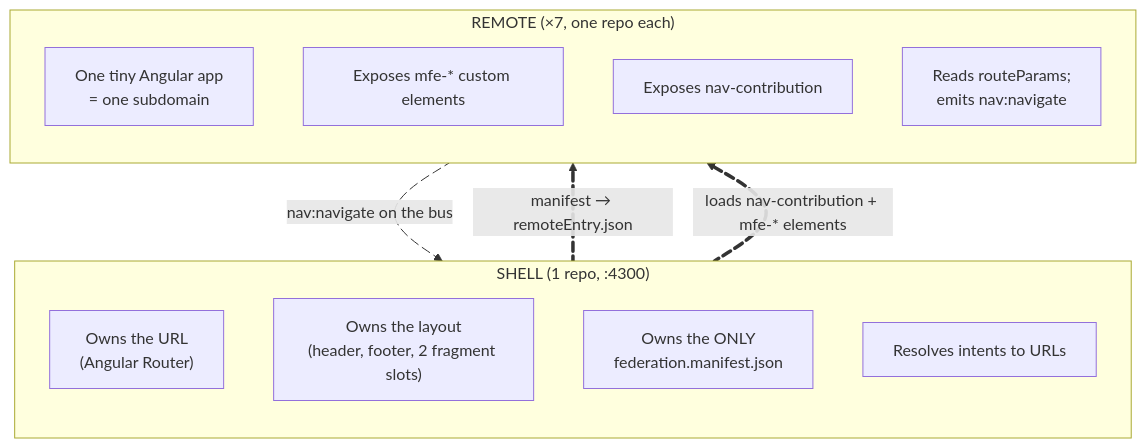
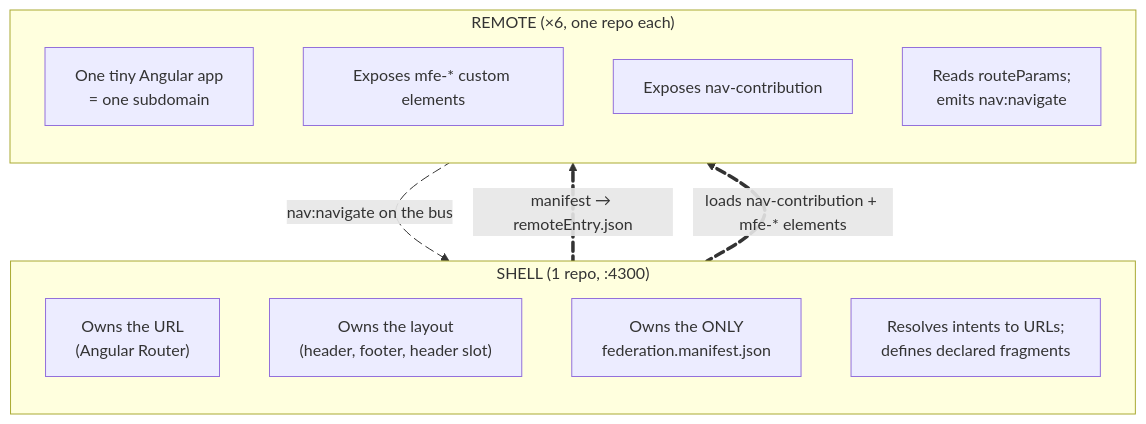
The first of 2 diagrams in angular/cinema/docs/architecture.md (native-federation/playground), drawn with Mermaid before and after one commit. The commit also changed other lines of this file and 95 other files, not shown here.

````diff
--- a/angular/cinema/docs/architecture.md
+++ b/angular/cinema/docs/architecture.md
@@ -12,26 +12,26 @@
 ```mermaid
 flowchart TD
     subgraph ShellSide["SHELL (1 repo, :4300)"]
         direction TB
         SA["Owns the URL<br/>(Angular Router)"]
-        SB["Owns the layout<br/>(header, footer, 2 fragment slots)"]
+        SB["Owns the layout<br/>(header, footer, header slot)"]
         SC["Owns the ONLY<br/>federation.manifest.json"]
-        SD["Resolves intents to URLs"]
+        SD["Resolves intents to URLs;<br/>defines declared fragments"]
     end
 
-    subgraph RemoteSide["REMOTE (×7, one repo each)"]
+    subgraph RemoteSide["REMOTE (×6, one repo each)"]
         direction TB
         RA["One tiny Angular app<br/>= one subdomain"]
         RB["Exposes mfe-* custom elements"]
         RC["Exposes nav-contribution"]
         RD["Reads routeParams;<br/>emits nav:navigate"]
     end
 
     ShellSide e1@==>|"manifest → remoteEntry.json"| RemoteSide
     ShellSide e2@==>|"loads nav-contribution + mfe-* elements"| RemoteSide
     RemoteSide e3@-->|"nav:navigate on the bus"| ShellSide
 
     e1@{animate: true}
     e2@{animate: true}
     e3@{animate: true}
 ```
````
